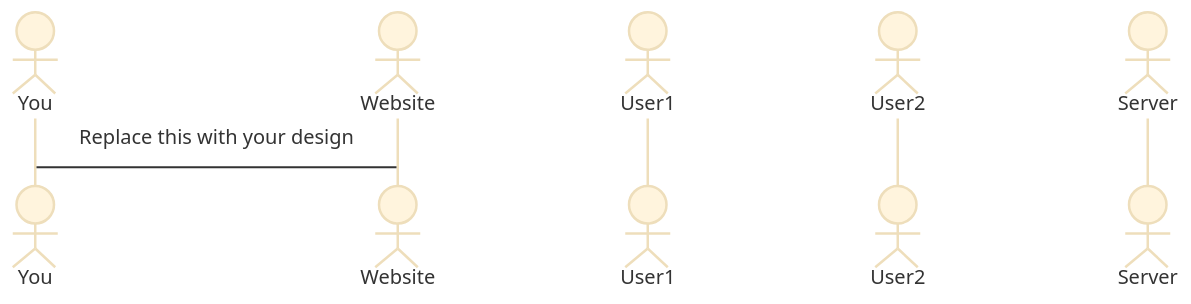
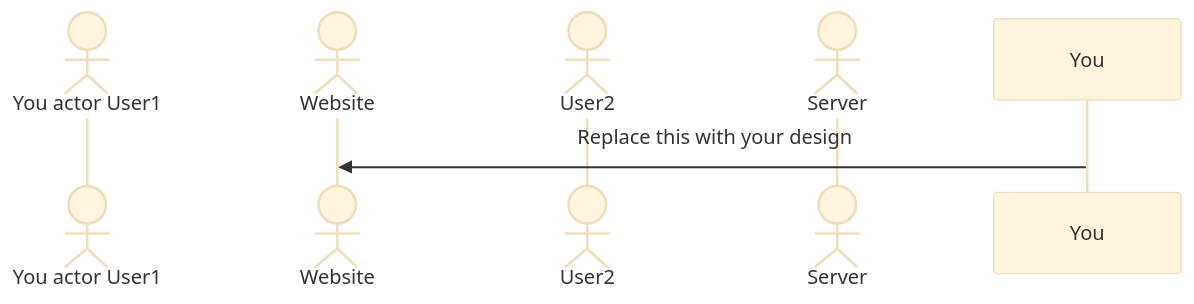
Before and after one commit to N3ptune/startup: the diagram in README.md, drawn with Mermaid (base theme).

Commit message:
Re added >, seems to change nothing. Move one actor adjacent to see effects

````diff
--- a/README.md
+++ b/README.md
@@ -33,9 +33,8 @@
 ```mermaid
 sequenceDiagram
-    actor You
+    actor You actor User1
     actor Website
-    actor User1
     actor User2
     actor Server
-    You->Website: Replace this with your design
+    You->>Website: Replace this with your design
 ```
````
